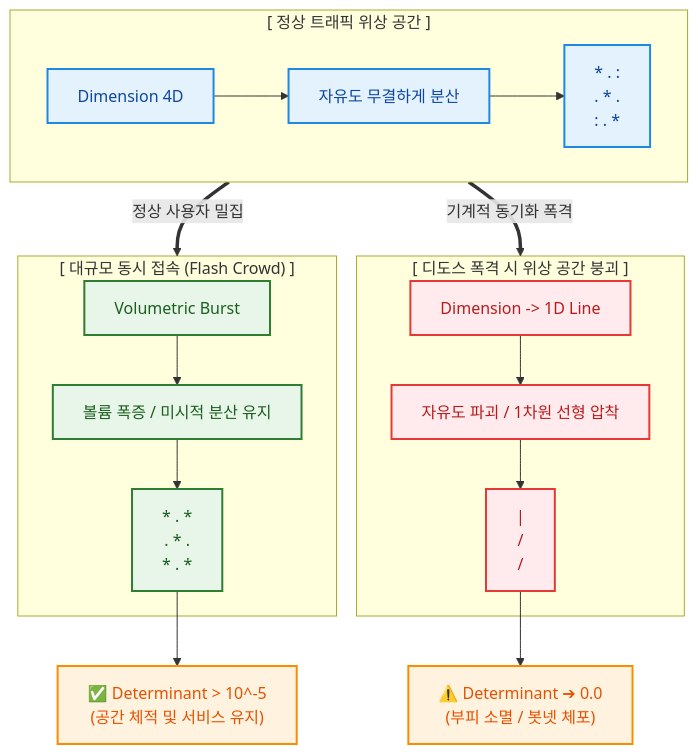
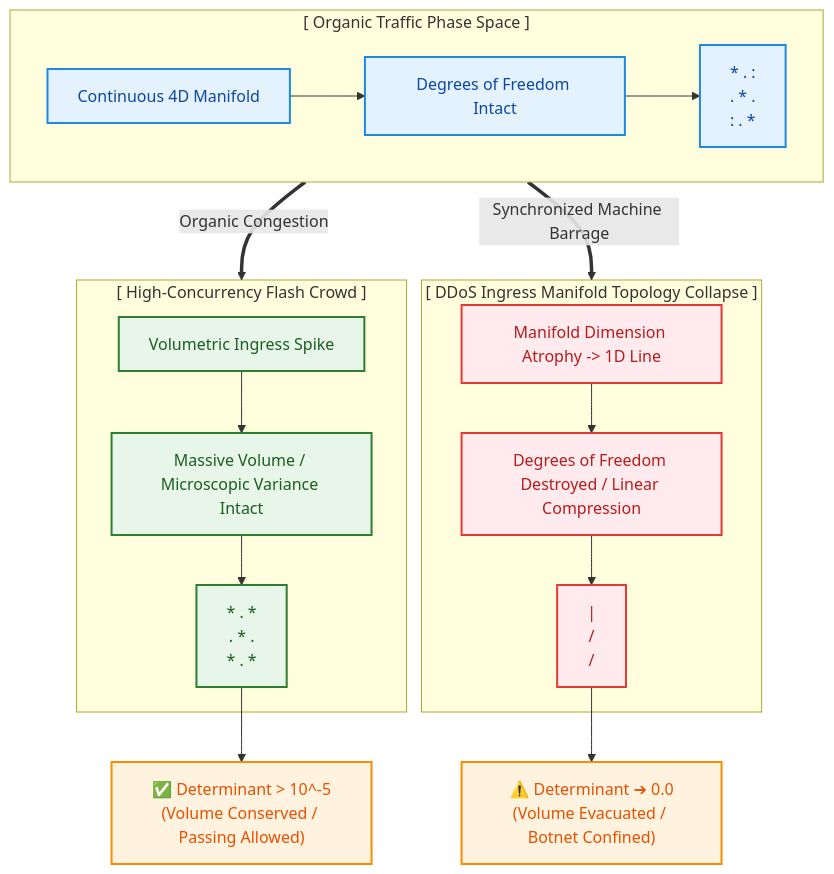
Before and after one commit to PJHkorea/homeostasis-ingress-firewall: the second of 2 diagrams in docs/ARCHITECTURE.md, drawn with Mermaid. The commit also changed other lines of this file, not shown here.

````diff
--- a/docs/ARCHITECTURE.md
+++ b/docs/ARCHITECTURE.md
@@ -84,39 +84,40 @@
 ```mermaid
 graph TD
     classDef normal fill:#e3f2fd,stroke:#1e88e5,stroke-width:2px,color:#0d47a1;
     classDef flash fill:#e8f5e9,stroke:#2e7d32,stroke-width:2px,color:#1b5e20;
     classDef attack fill:#ffebee,stroke:#e53935,stroke-width:2px,color:#b71c1c;
     classDef Highlight fill:#fff3e0,stroke:#fb8c00,stroke-width:2px,color:#e65100;
 
-    subgraph Normal ["[ 정상 트래픽 위상 공간 ]"]
-        N1[Dimension 4D]
-        N2[자유도 무결하게 분산]
+    subgraph Normal ["[ Organic Traffic Phase Space ]"]
+        N1[Continuous 4D Manifold]
+        N2[Degrees of Freedom Intact]
         N_Space["*  .  :<br>.  *  .<br>:  .  *"]
         N1 --> N2 --> N_Space
     end
 
-    subgraph Flash ["[ 대규모 동시 접속 (Flash Crowd) ]"]
-        F1[Volumetric Burst]
-        F2[볼륨 폭증 / 미시적 분산 유지]
+    subgraph Flash ["[ High-Concurrency Flash Crowd ]"]
+        F1[Volumetric Ingress Spike]
+        F2[Massive Volume / Microscopic Variance Intact]
         F_Space["* . *<br>. * .<br>* . *"]
         F1 --> F2 --> F_Space
     end
 
-    subgraph Attack ["[ 디도스 폭격 시 위상 공간 붕괴 ]"]
-        A1[Dimension -> 1D Line]
-        A2[자유도 파괴 / 1차원 선형 압착]
+    subgraph Attack ["[ DDoS Ingress Manifold Topology Collapse ]"]
+        A1[Manifold Dimension Atrophy -> 1D Line]
+        A2[Degrees of Freedom Destroyed / Linear Compression]
         A_Space["|<br>/<br>/"]
         A1 --> A2 --> A_Space
     end
 
-    Normal == "정상 사용자 밀집" ==> Flash
-    Normal == "기계적 동기화 폭격" ==> Attack
+    Normal == "Organic Congestion" ==> Flash
+    Normal == "Synchronized Machine Barrage" ==> Attack
     
-    F_Space --> Det_Safe["✅ Determinant > 10^-5<br>(공간 체적 및 서비스 유지)"]
-    A_Space --> Det_Crash["⚠️ Determinant ➔ 0.0<br>(부피 소멸 / 봇넷 체포)"]
+    F_Space --> Det_Safe["✅ Determinant > 10^-5<br>(Volume Conserved / Passing Allowed)"]
+    A_Space --> Det_Crash["⚠️ Determinant ➔ 0.0<br>(Volume Evacuated / Botnet Confined)"]
 
     class N1,N2,N_Space normal;
     class F1,F2,F_Space flash;
     class A1,A2,A_Space attack;
     class Det_Safe,Det_Crash Highlight;
+
 ```
````
